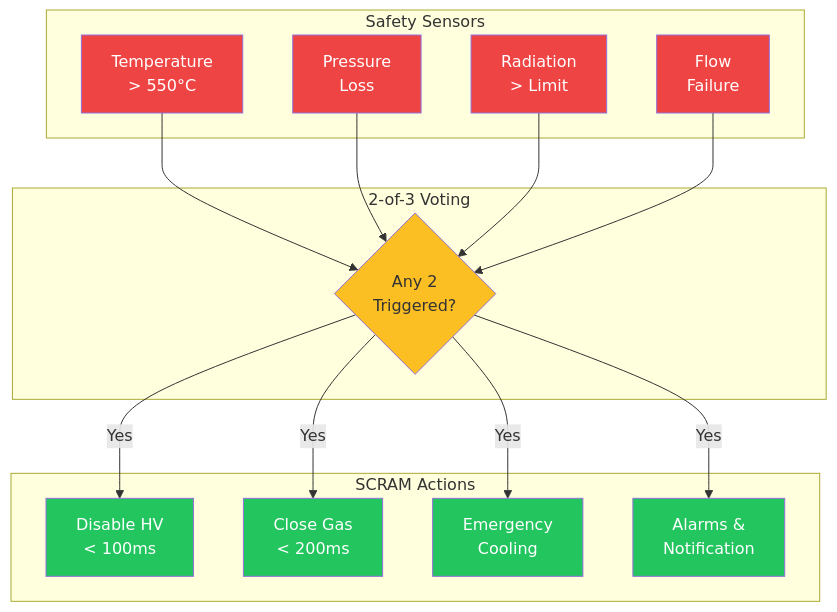
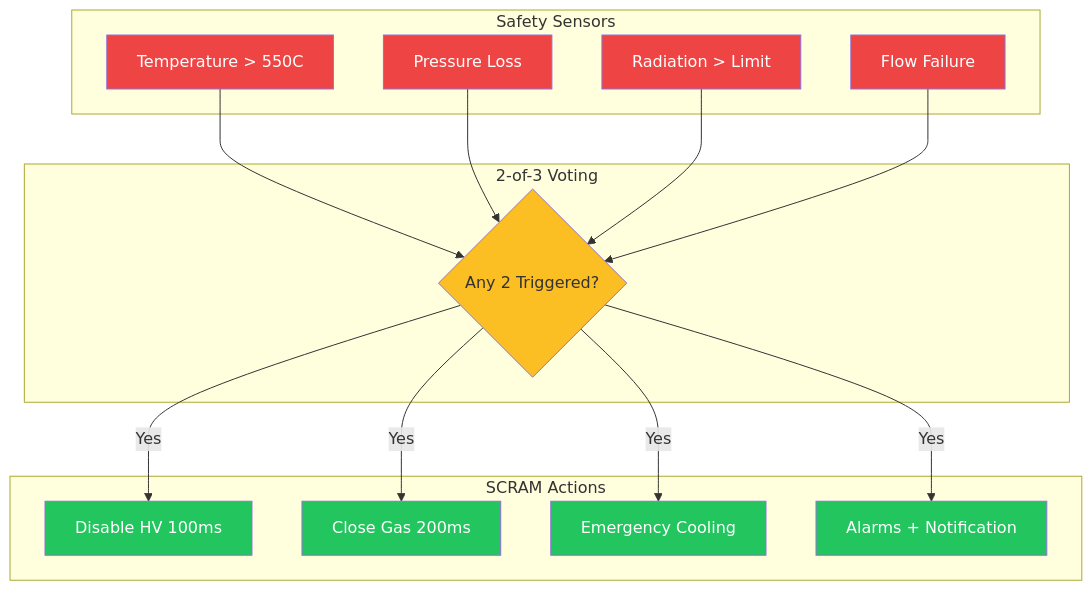
The third of 3 diagrams in website/docs/diagrams.md (szemkoff/LAFRES), drawn with Mermaid before and after one commit. The commit also changed other lines of this file and 7 other files, not shown here.

First line of the commit message:
Fix Mermaid diagram syntax - remove br tags

````diff
--- a/website/docs/diagrams.md
+++ b/website/docs/diagrams.md
@@ -129,40 +129,40 @@
 ```mermaid
 flowchart TD
     subgraph Sensors["Safety Sensors"]
-        T[Temperature<br/>> 550°C]
-        P[Pressure<br/>Loss]
-        R[Radiation<br/>> Limit]
-        F[Flow<br/>Failure]
+        T["Temperature > 550C"]
+        P["Pressure Loss"]
+        R["Radiation > Limit"]
+        F["Flow Failure"]
     end
     
     subgraph Logic["2-of-3 Voting"]
-        V{Any 2<br/>Triggered?}
+        V{"Any 2 Triggered?"}
     end
     
     subgraph Actions["SCRAM Actions"]
-        HV[Disable HV<br/>< 100ms]
-        GAS[Close Gas<br/>< 200ms]
-        COOL[Emergency<br/>Cooling]
-        ALARM[Alarms &<br/>Notification]
+        HV["Disable HV 100ms"]
+        GAS["Close Gas 200ms"]
+        COOL["Emergency Cooling"]
+        ALARM["Alarms + Notification"]
     end
     
     T --> V
     P --> V
     R --> V
     F --> V
     
     V -->|Yes| HV
     V -->|Yes| GAS
     V -->|Yes| COOL
     V -->|Yes| ALARM
     
     style T fill:#ef4444,color:#fff
     style P fill:#ef4444,color:#fff
     style R fill:#ef4444,color:#fff
     style F fill:#ef4444,color:#fff
     style V fill:#fbbf24
     style HV fill:#22c55e,color:#fff
     style GAS fill:#22c55e,color:#fff
     style COOL fill:#22c55e,color:#fff
     style ALARM fill:#22c55e,color:#fff
 ```
````
